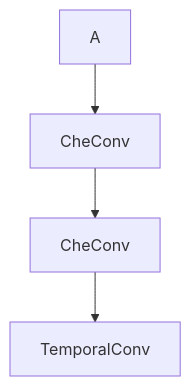
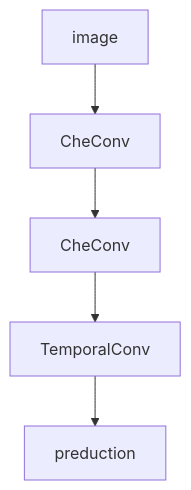
One commit to sc2213404/badaunjin_score changed the diagram in README.md. Above: the diagram before and after it, drawn with Mermaid.

````diff
--- a/README.md
+++ b/README.md
@@ -3,6 +3,7 @@
 ```mermaid
 flowchart TD
-    A --> B[CheConv]
+    A[image] --> B[CheConv]
     B --> C[CheConv]
     C --> D[TemporalConv]
+    D --> E[preduction]
 ```
````
